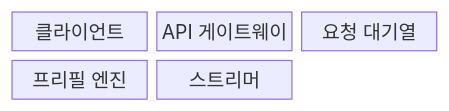
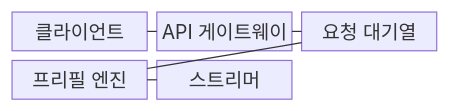
One commit to agnusdei1207/knowledge-base changed the first of 2 diagrams in src/content/docs/notes/08-latest-tech/046_ttft.md. Above: the diagram before and after it, drawn with Mermaid. The commit also changed other lines of this file and 228 other files, not shown here.

````diff
--- a/src/content/docs/notes/08-latest-tech/046_ttft.md
+++ b/src/content/docs/notes/08-latest-tech/046_ttft.md
@@ -51,9 +51,13 @@
 ```mermaid
 block-beta
     columns 3
     C["클라이언트"]
     G["API 게이트웨이"]
     Q["요청 대기열"]
     P["프리필 엔진"]
     S["스트리머"]
+    C --- G
+    G --- Q
+    Q --- P
+    P --- S
 ```
````
